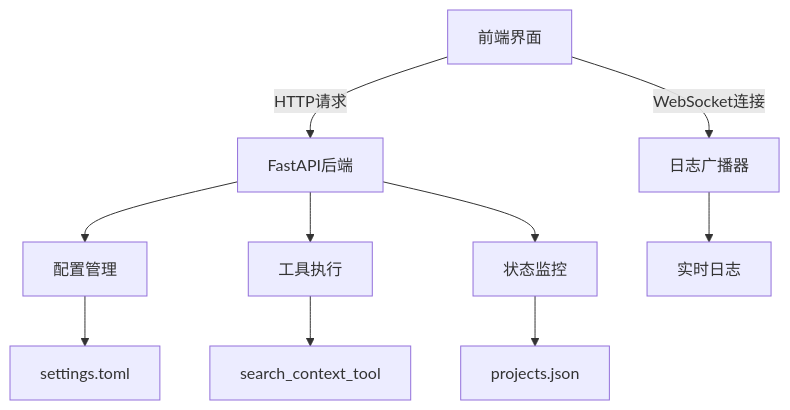
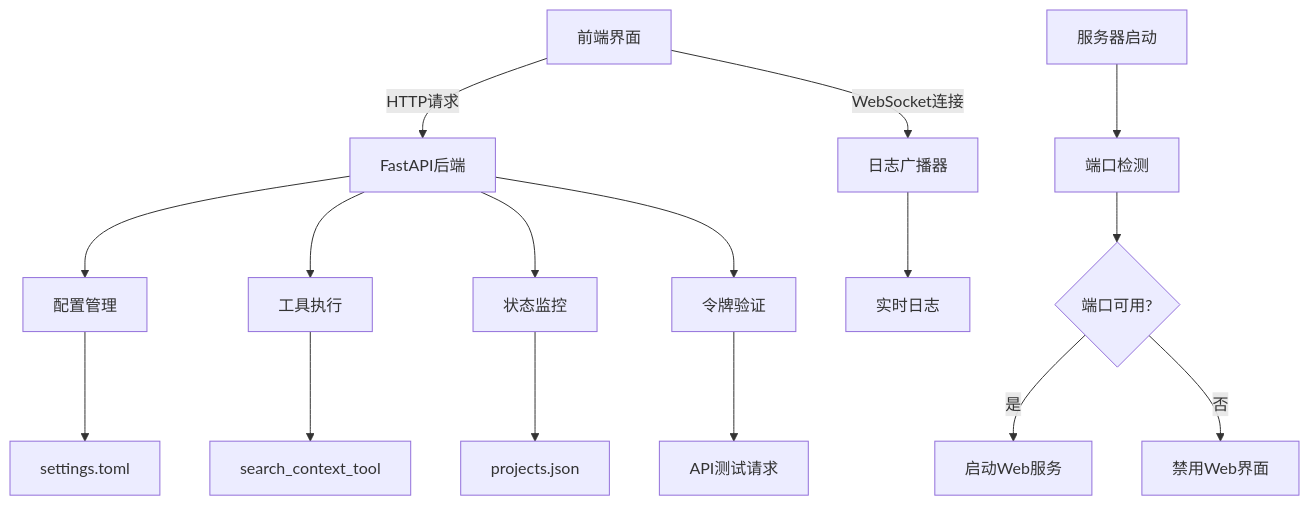
The second of 7 diagrams in .qoder/repowiki/zh/content/Web管理界面.md (gittool/acemcp), drawn with Mermaid before and after one commit. The commit also changed other lines of this file and 3 other files, not shown here.

````diff
--- a/.qoder/repowiki/zh/content/Web管理界面.md
+++ b/.qoder/repowiki/zh/content/Web管理界面.md
@@ -58,12 +66,18 @@
 ```mermaid
 graph TD
 A[前端界面] --> |HTTP请求| B[FastAPI后端]
 A --> |WebSocket连接| C[日志广播器]
 B --> D[配置管理]
 B --> E[工具执行]
 B --> F[状态监控]
-D --> G[settings.toml]
-E --> H[search_context_tool]
-F --> I[projects.json]
-C --> J[实时日志]
+B --> G[令牌验证]
+D --> H[settings.toml]
+E --> I[search_context_tool]
+F --> J[projects.json]
+G --> K[API测试请求]
+C --> L[实时日志]
+M[服务器启动] --> N[端口检测]
+N --> O{端口可用?}
+O --> |是| P[启动Web服务]
+O --> |否| Q[禁用Web界面]
 ```
````
